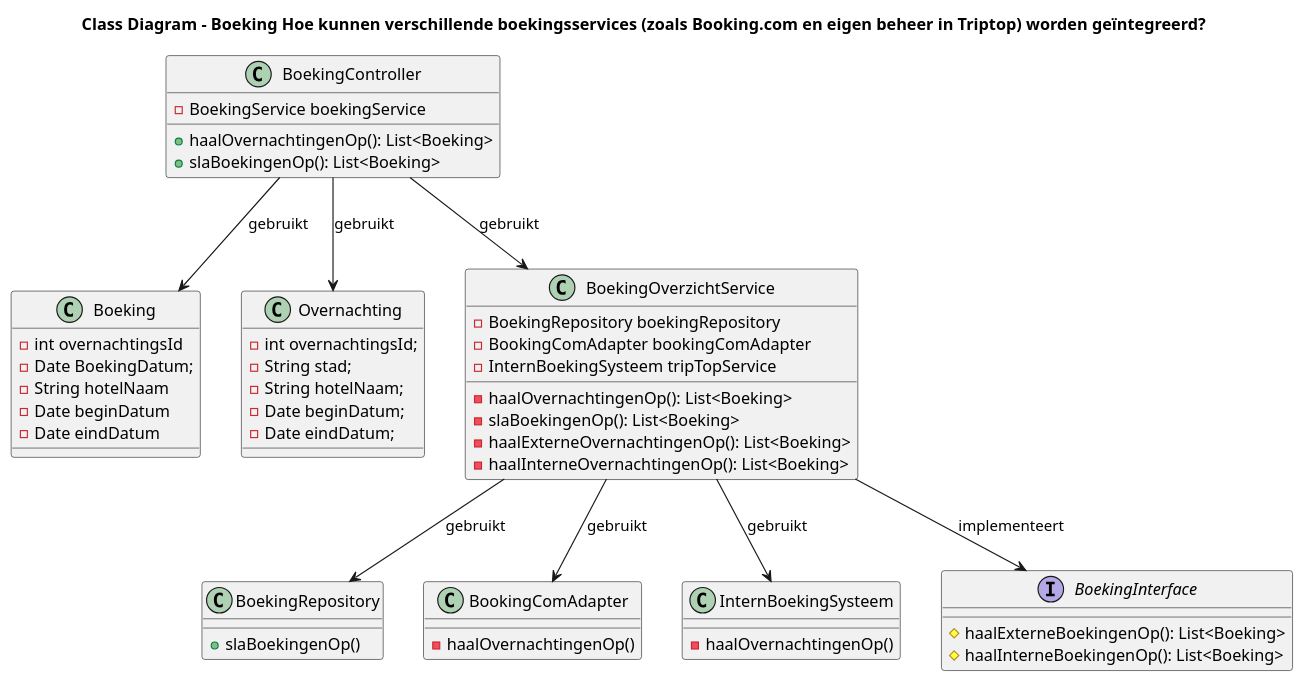
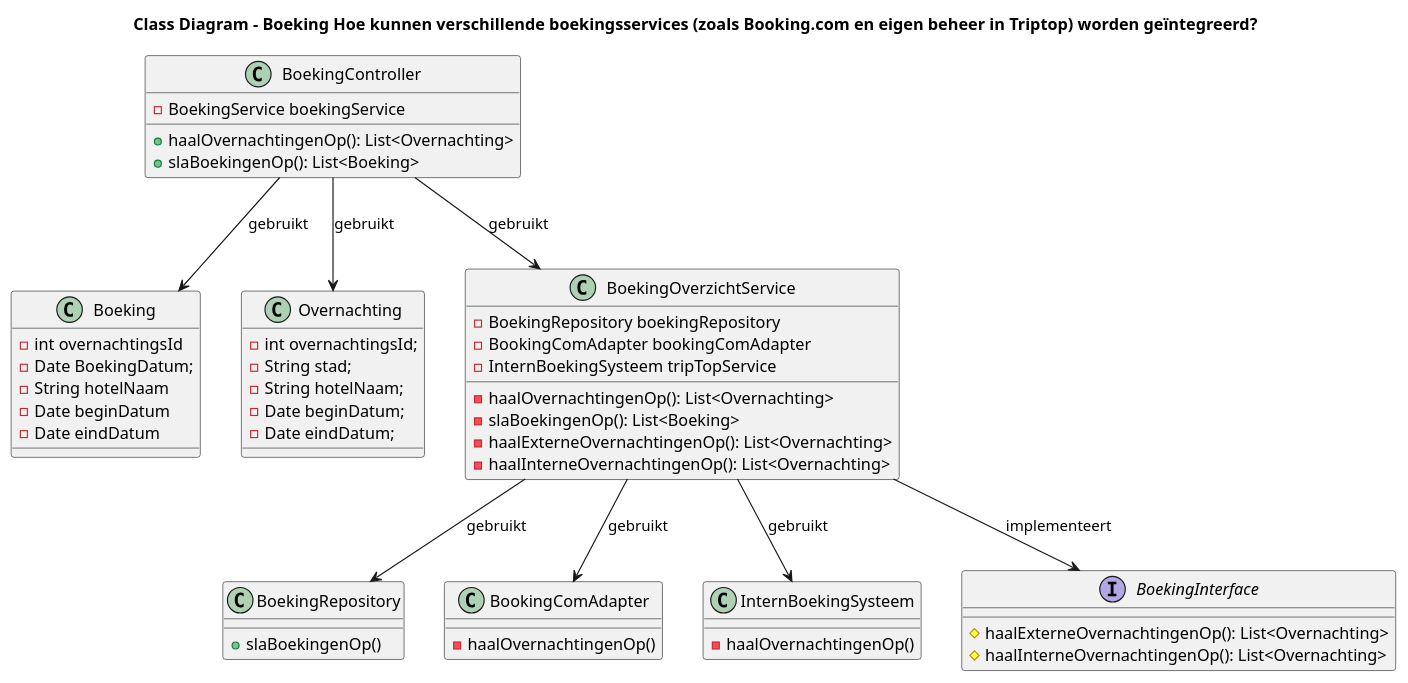
One commit to AIM-ENE-feb25/triptop-asas changed the diagram in software-guidebook/component-code/sybren/class-diagram-2.puml. Above: the diagram before and after it, drawn with PlantUML. The commit also changed 2 other files, not shown here.

```diff
--- a/software-guidebook/component-code/sybren/class-diagram-2.puml
+++ b/software-guidebook/component-code/sybren/class-diagram-2.puml
@@ -1,64 +1,64 @@
 @startuml
 title Class Diagram – Boeking Hoe kunnen verschillende boekingsservices (zoals Booking.com en eigen beheer in Triptop) worden geïntegreerd?
 
 class Boeking {
     -int overnachtingsId
     -Date BoekingDatum;
     - String hotelNaam
     -Date beginDatum
     -Date eindDatum
 }
 
 class Overnachting {
     - int overnachtingsId;
     - String stad;
     - String hotelNaam;
     - Date beginDatum;
     - Date eindDatum;
 }
 
 class BoekingController {
     - BoekingService boekingService
-    + haalOvernachtingenOp(): List<Boeking>
+    + haalOvernachtingenOp(): List<Overnachting>
     + slaBoekingenOp(): List<Boeking>
 }
 
 
 class BoekingRepository {
     + slaBoekingenOp()
 }
 
 
 class BoekingOverzichtService {
     - BoekingRepository boekingRepository
     - BookingComAdapter bookingComAdapter
     - InternBoekingSysteem tripTopService
-    - haalOvernachtingenOp(): List<Boeking>
+    - haalOvernachtingenOp(): List<Overnachting>
     - slaBoekingenOp(): List<Boeking>
-    - haalExterneOvernachtingenOp(): List<Boeking>
-    - haalInterneOvernachtingenOp(): List<Boeking>
+    - haalExterneOvernachtingenOp(): List<Overnachting>
+    - haalInterneOvernachtingenOp(): List<Overnachting>
 }
 
 class BookingComAdapter {
     - haalOvernachtingenOp()
 }
 
 class InternBoekingSysteem {
     - haalOvernachtingenOp()
 }
 
 interface BoekingInterface {
-    # haalExterneBoekingenOp(): List<Boeking>
-    # haalInterneBoekingenOp(): List<Boeking>
+    # haalExterneOvernachtingenOp(): List<Overnachting>
+    # haalInterneOvernachtingenOp(): List<Overnachting>
 }
 
 BoekingController --> BoekingOverzichtService: "gebruikt"
 BoekingController --> Boeking: "gebruikt"
 BoekingController --> Overnachting: "gebruikt"
 BoekingOverzichtService --> BoekingRepository: "gebruikt"
 BoekingOverzichtService --> BoekingInterface: "implementeert"
 BoekingOverzichtService  --> BookingComAdapter : "gebruikt"
 BoekingOverzichtService --> InternBoekingSysteem : "gebruikt"
 
 
 @enduml
```
